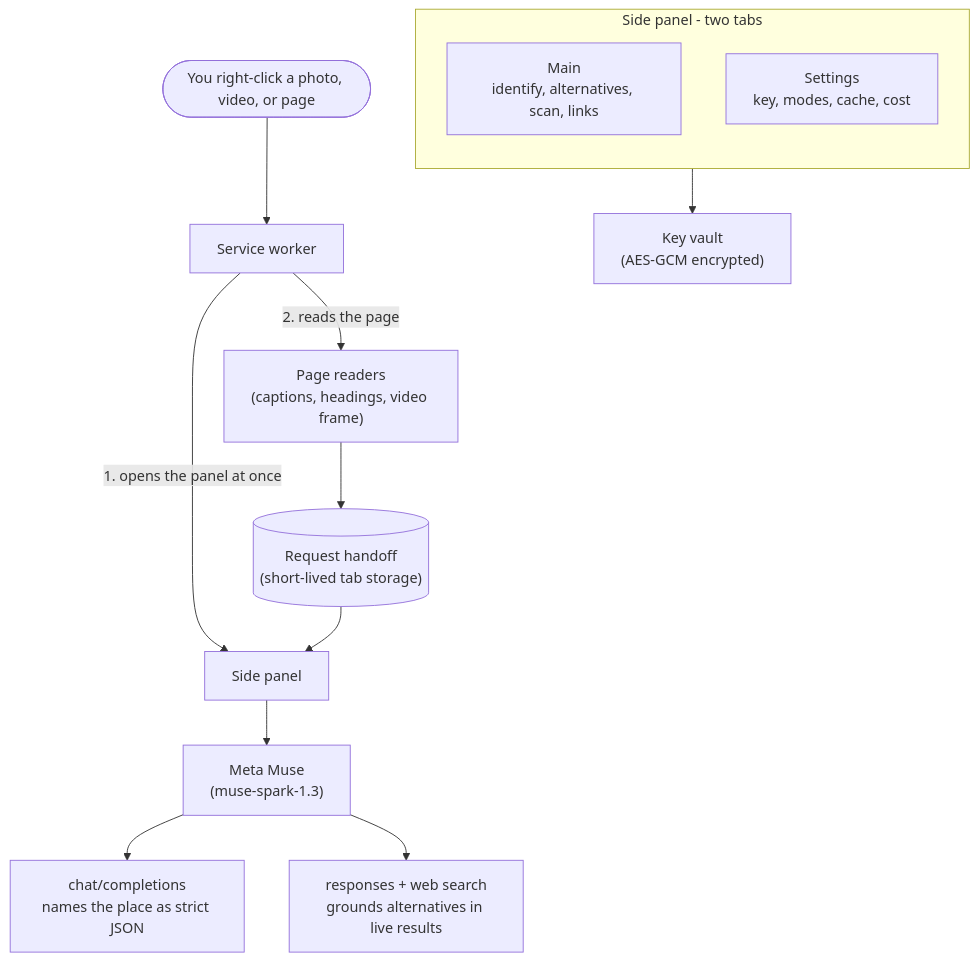
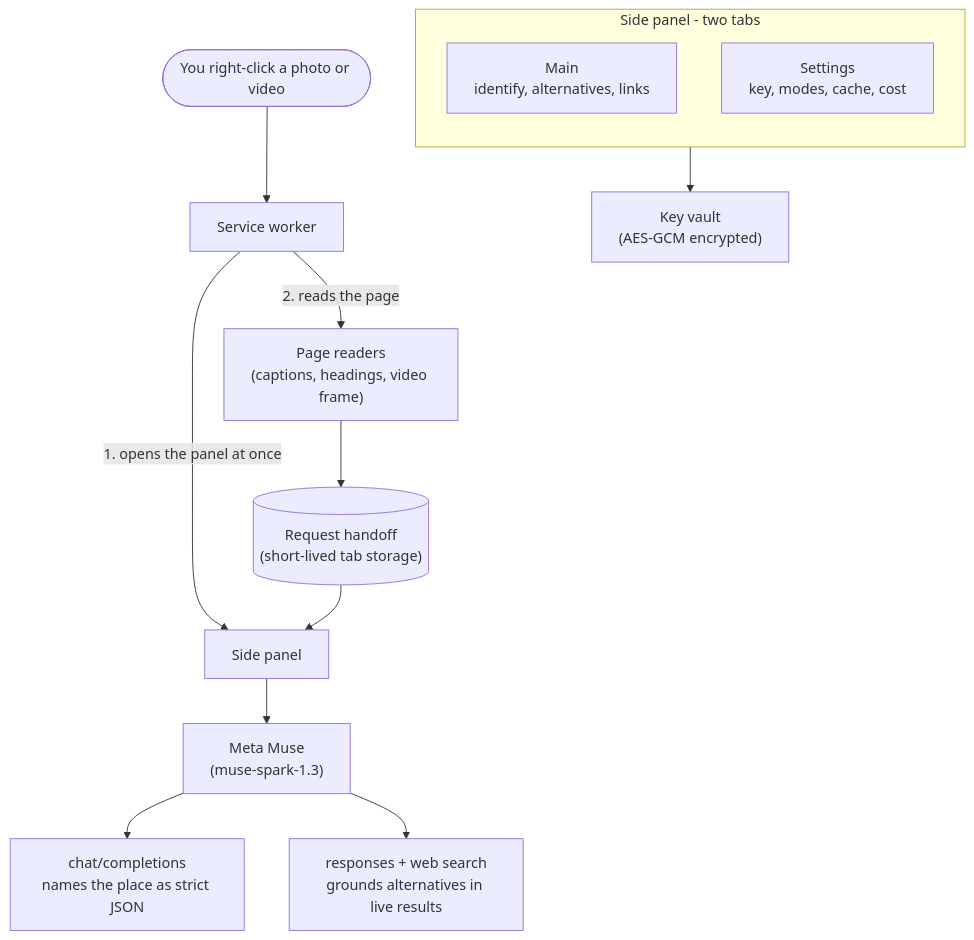
One commit to kowalczyk-krzysztof/take-me-there changed the diagram in README.md. Above: the diagram before and after it, drawn with Mermaid. The commit also changed other lines of this file and 22 other files, not shown here.

Commit message:
Remove the page scan

````diff
--- a/README.md
+++ b/README.md
@@ -62,19 +60,19 @@
 ```mermaid
 flowchart TB
-    user(["You right-click a photo, video, or page"]) --> worker["Service worker"]
+    user(["You right-click a photo or video"]) --> worker["Service worker"]
     worker -->|"1. opens the panel at once"| panel["Side panel"]
     worker -->|"2. reads the page"| readers["Page readers<br/>(captions, headings, video frame)"]
     readers --> handoff[("Request handoff<br/>(short-lived tab storage)")]
     handoff --> panel
 
     subgraph Panel ["Side panel - two tabs"]
         direction TB
-        main["Main<br/>identify, alternatives, scan, links"]
+        main["Main<br/>identify, alternatives, links"]
         settingsTab["Settings<br/>key, modes, cache, cost"]
     end
 
     panel --> muse["Meta Muse<br/>(muse-spark-1.3)"]
     muse --> identify["chat/completions<br/>names the place as strict JSON"]
     muse --> grounded["responses + web search<br/>grounds alternatives in live results"]
     settingsTab --> vault["Key vault<br/>(AES-GCM encrypted)"]
 ```
````
